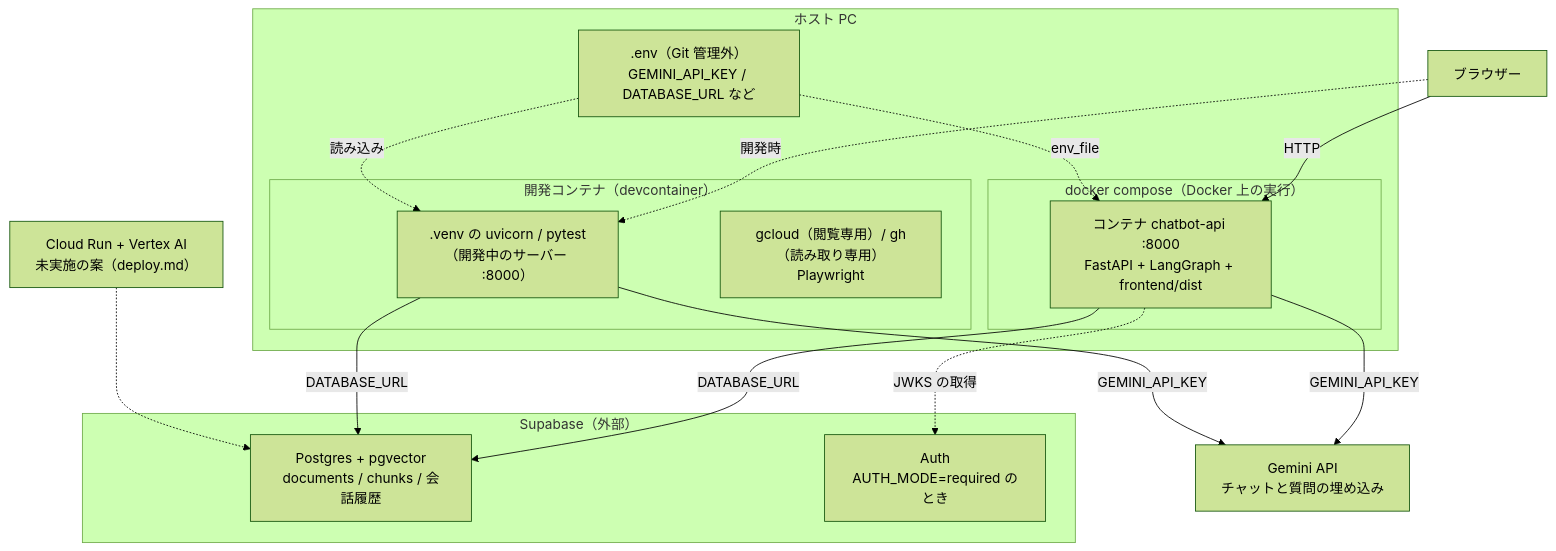
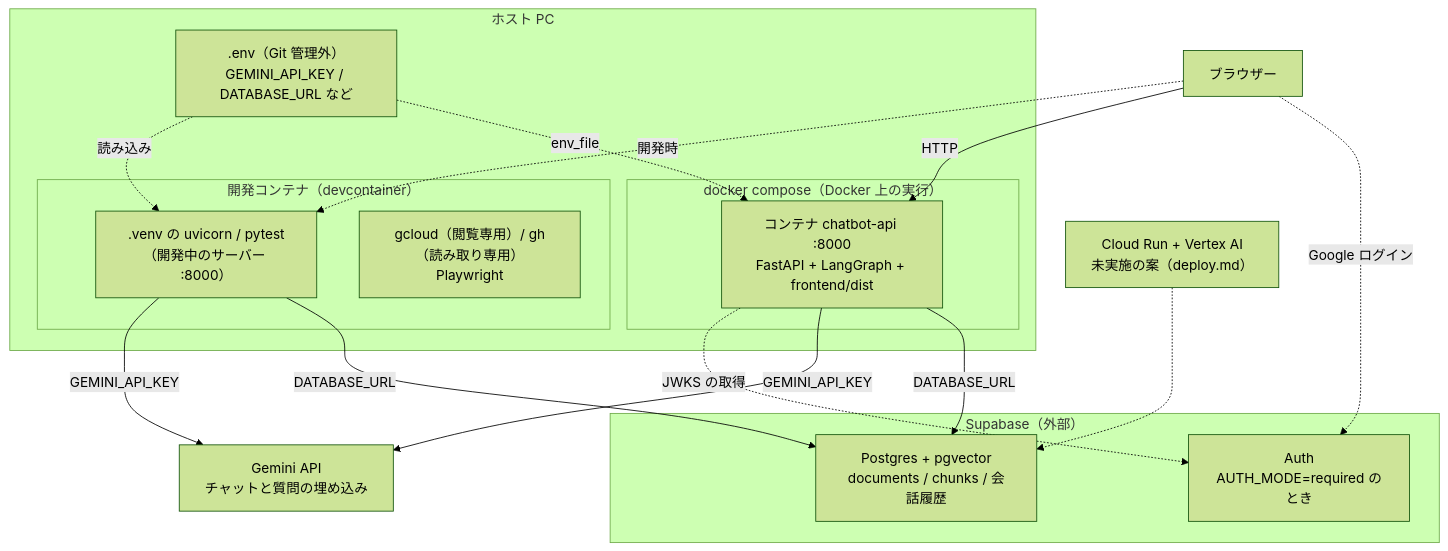
One commit to Starlight-Tree/DocuNavi changed the second of 3 diagrams in docs/architecture.md. Above: the diagram before and after it, drawn with Mermaid (forest theme). The commit also changed other lines of this file and 2 other files, not shown here.

First line of the commit message:
docs(auth): record the login flow and the verified local login

````diff
--- a/docs/architecture.md
+++ b/docs/architecture.md
@@ -54,34 +54,35 @@
 ```mermaid
 flowchart TB
     browser["ブラウザー"]
 
     subgraph host["ホスト PC"]
         envfile[".env（Git 管理外）<br/>GEMINI_API_KEY / DATABASE_URL など"]
         subgraph compose["docker compose（Docker 上の実行）"]
             api["コンテナ chatbot-api :8000<br/>FastAPI + LangGraph + frontend/dist"]
         end
         subgraph devc["開発コンテナ（devcontainer）"]
             venv[".venv の uvicorn / pytest<br/>（開発中のサーバー :8000）"]
             devtools["gcloud（閲覧専用）/ gh（読み取り専用）<br/>Playwright"]
         end
     end
 
     subgraph supabase["Supabase（外部）"]
         pg["Postgres + pgvector<br/>documents / chunks / 会話履歴"]
         auth["Auth<br/>AUTH_MODE=required のとき"]
     end
 
     gemini["Gemini API<br/>チャットと質問の埋め込み"]
     cloudrun["Cloud Run + Vertex AI<br/>未実施の案（deploy.md）"]
 
     browser -->|HTTP| api
     browser -.->|開発時| venv
     envfile -.->|env_file| api
     envfile -.->|読み込み| venv
     api -->|DATABASE_URL| pg
     venv -->|DATABASE_URL| pg
     api -->|GEMINI_API_KEY| gemini
     venv -->|GEMINI_API_KEY| gemini
     api -.->|JWKS の取得| auth
+    browser -.->|Google ログイン| auth
     cloudrun -.-> pg
 ```
````
